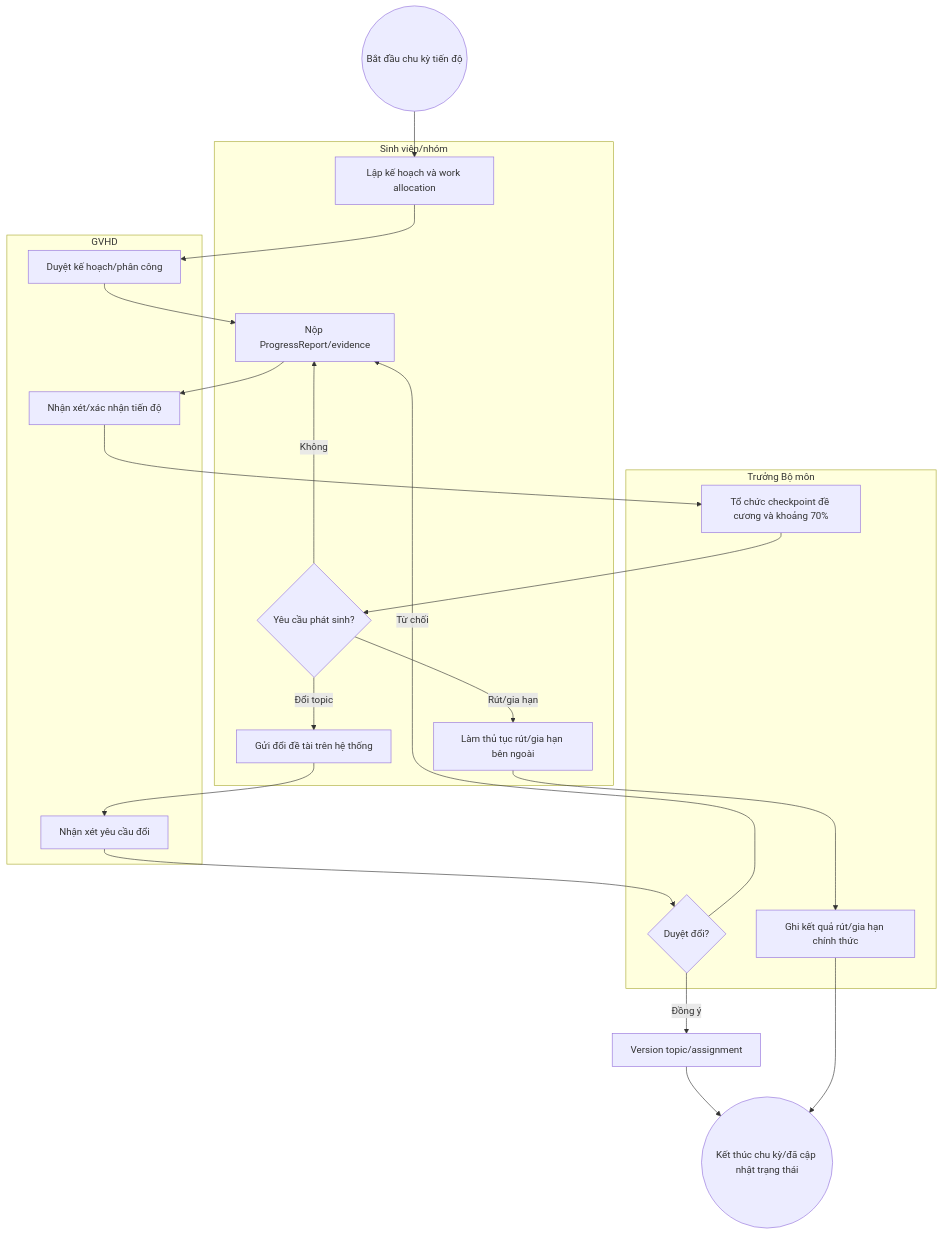
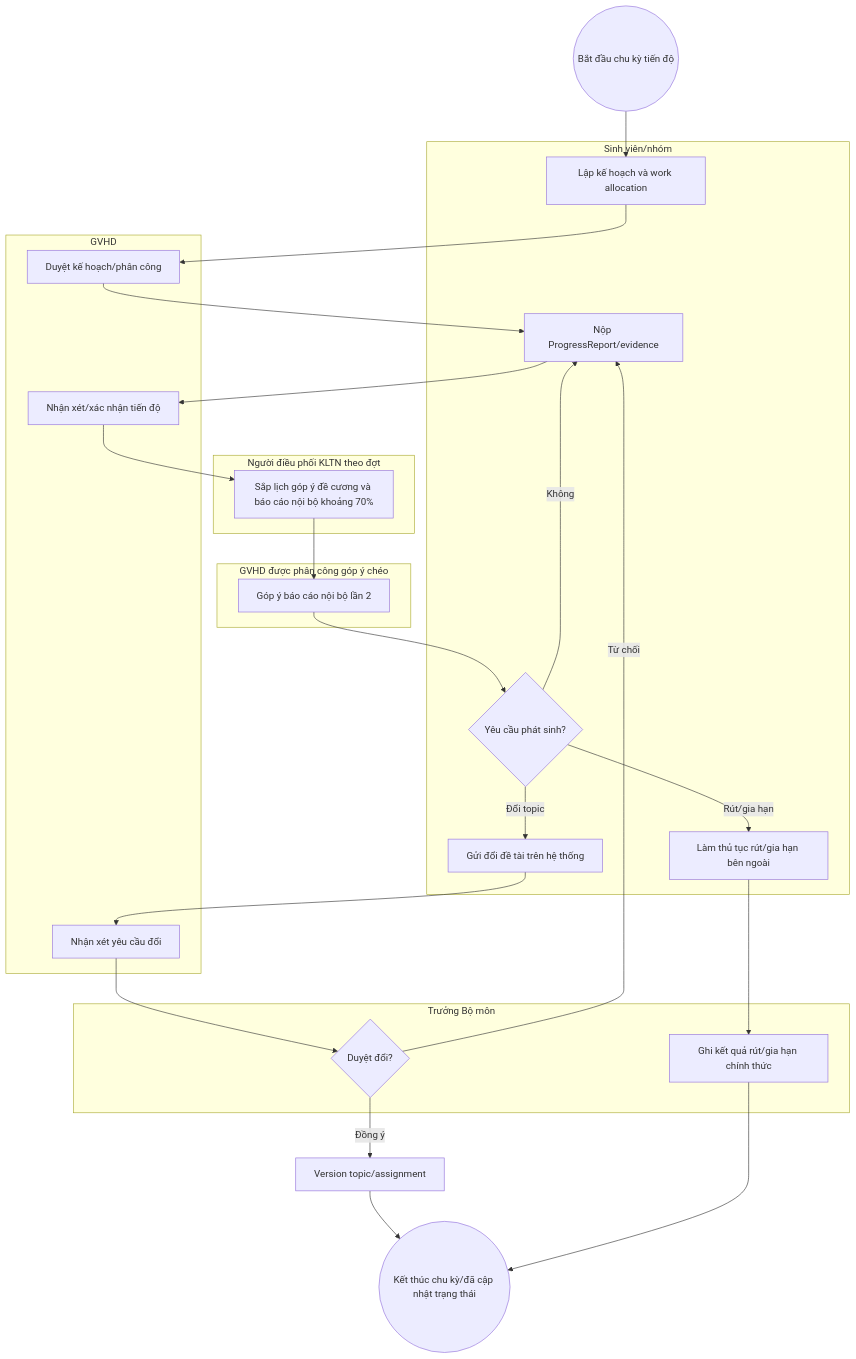
Before and after one commit to MingJien/kltn-management-ai: the fourth of 8 diagrams in docs/requirements/business-process.md, drawn with Mermaid. The commit also changed other lines of this file and 88 other files, not shown here.

```diff
--- a/docs/requirements/business-process.md
+++ b/docs/requirements/business-process.md
@@ -97,28 +97,33 @@
 ~~~mermaid
 flowchart TB
   CS(("Bắt đầu chu kỳ tiến độ"))
   subgraph SV["Sinh viên/nhóm"]
     C1["Lập kế hoạch và work allocation"]
     C3["Nộp ProgressReport/evidence"]
     C6{"Yêu cầu phát sinh?"}
     C7["Gửi đổi đề tài trên hệ thống"]
     C8["Làm thủ tục rút/gia hạn bên ngoài"]
   end
   subgraph GVHD["GVHD"]
     C2["Duyệt kế hoạch/phân công"]
     C4["Nhận xét/xác nhận tiến độ"]
     C7A["Nhận xét yêu cầu đổi"]
   end
+  subgraph DIEUPHOI["Người điều phối KLTN theo đợt"]
+    C5["Sắp lịch góp ý đề cương và báo cáo nội bộ khoảng 70%"]
+  end
+  subgraph GVCHEO["GVHD được phân công góp ý chéo"]
+    C5A["Góp ý báo cáo nội bộ lần 2"]
+  end
   subgraph TBM["Trưởng Bộ môn"]
-    C5["Tổ chức checkpoint đề cương và khoảng 70%"]
     C7B{"Duyệt đổi?"}
     C9["Ghi kết quả rút/gia hạn chính thức"]
   end
   CE(("Kết thúc chu kỳ/đã cập nhật trạng thái"))
-  CS --> C1 --> C2 --> C3 --> C4 --> C5 --> C6
+  CS --> C1 --> C2 --> C3 --> C4 --> C5 --> C5A --> C6
   C6 -- Không --> C3
   C6 -- Đổi topic --> C7 --> C7A --> C7B
   C7B -- Đồng ý --> C10["Version topic/assignment"] --> CE
   C7B -- Từ chối --> C3
   C6 -- Rút/gia hạn --> C8 --> C9 --> CE
 ~~~
```
